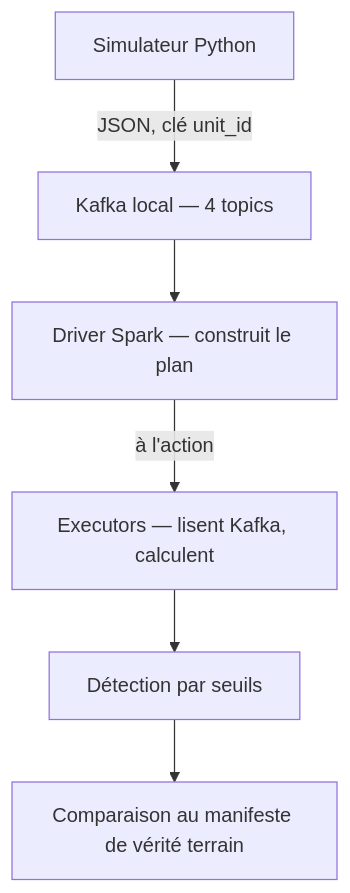
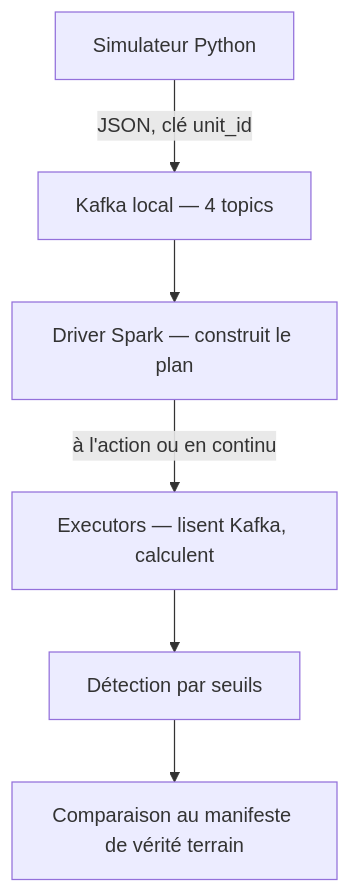
The first of 2 diagrams in README.md (thcarole1/ev-powertrain-manufacturing_analytics), drawn with Mermaid before and after one commit. The commit also changed other lines of this file, not shown here.

````diff
--- a/README.md
+++ b/README.md
@@ -21,8 +21,8 @@
 ```mermaid
 flowchart TD
     A[Simulateur Python] -->|JSON, clé unit_id| B[Kafka local — 4 topics]
     B --> C[Driver Spark — construit le plan]
-    C -->|à l'action| D[Executors — lisent Kafka, calculent]
+    C -->|à l'action ou en continu| D[Executors — lisent Kafka, calculent]
     D --> E[Détection par seuils]
     E --> F[Comparaison au manifeste de vérité terrain]
 ```
````
